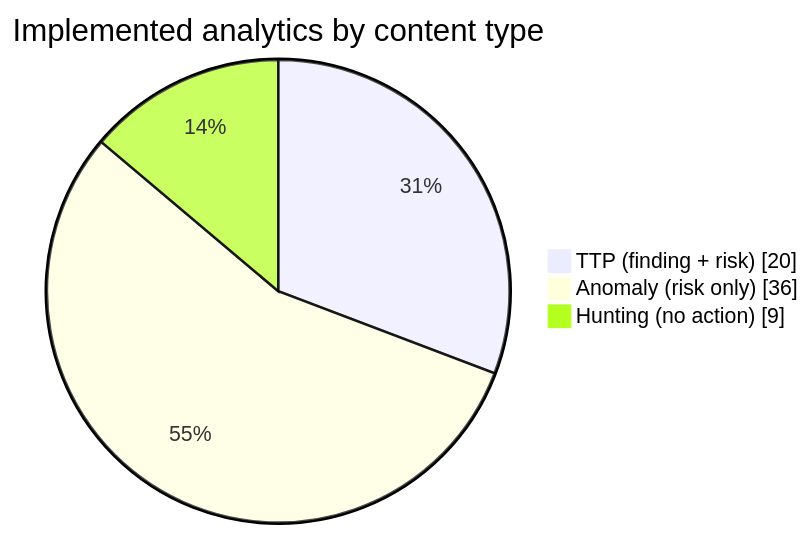
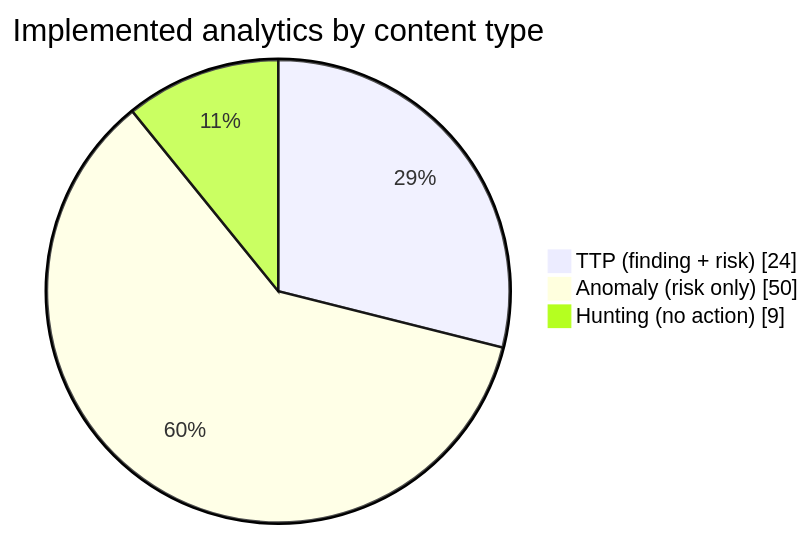
Before and after one commit to dev-nobytes-io/mitre-defensive-mappings-spl: the first of 2 diagrams in docs/analytics/README.md, drawn with Mermaid. The commit also changed other lines of this file and 62 other files, not shown here.

````diff
--- a/docs/analytics/README.md
+++ b/docs/analytics/README.md
@@ -5,7 +5,7 @@
 ```mermaid
 pie showData
     title Implemented analytics by content type
-    "TTP (finding + risk)" : 20
-    "Anomaly (risk only)" : 36
+    "TTP (finding + risk)" : 24
+    "Anomaly (risk only)" : 50
     "Hunting (no action)" : 9
 ```
````
